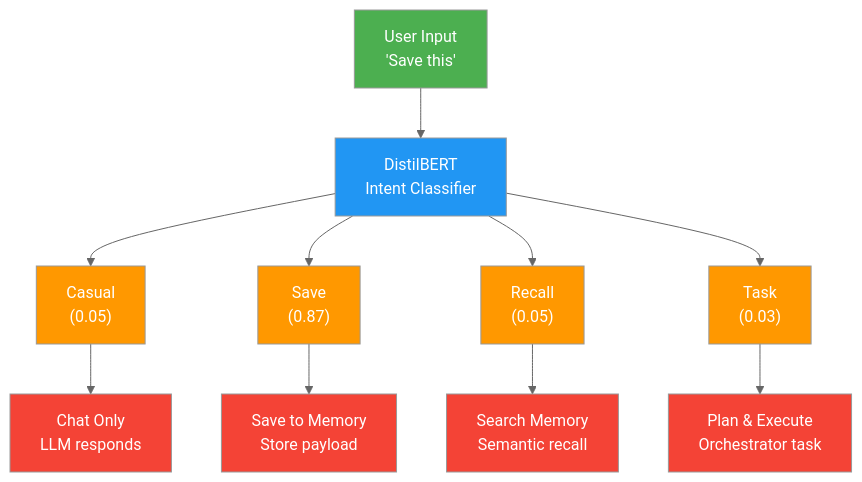
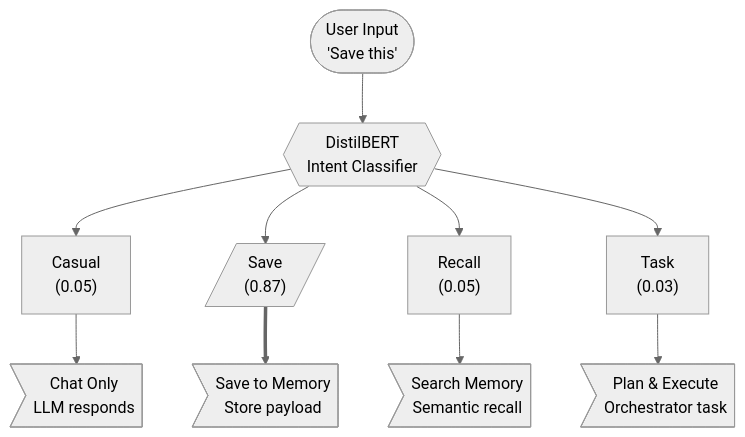
Before and after one commit to ianwesterfield/aj.westerfield.cloud: the eighth of 11 diagrams in README.md, drawn with Mermaid (neutral theme). The commit also changed other lines of this file and 48 other files, not shown here.

````diff
--- a/README.md
+++ b/README.md
@@ -230,24 +324,13 @@
 ```mermaid
 graph TB
-    A["User Input<br/>'Save this'"] --> B["DistilBERT<br/>Intent Classifier"]
+    A(["User Input<br/>'Save this'"]) --> B{{"DistilBERT<br/>Intent Classifier"}}
     B --> C["Casual<br/>(0.05)"]
-    B --> D["Save<br/>(0.87)"]
+    B --> D[/"Save<br/>(0.87)"/]
     B --> E["Recall<br/>(0.05)"]
     B --> F["Task<br/>(0.03)"]
 
-    C --> C1["Chat Only<br/>LLM responds"]
-    D --> D1["Save to Memory<br/>Store payload"]
-    E --> E1["Search Memory<br/>Semantic recall"]
-    F --> F1["Plan & Execute<br/>Orchestrator task"]
-
-    style A fill:#4CAF50,color:#fff
-    style B fill:#2196F3,color:#fff
-    style C fill:#FF9800,color:#fff
-    style D fill:#FF9800,color:#fff
-    style E fill:#FF9800,color:#fff
-    style F fill:#FF9800,color:#fff
-    style C1 fill:#F44336,color:#fff
-    style D1 fill:#F44336,color:#fff
-    style E1 fill:#F44336,color:#fff
-    style F1 fill:#F44336,color:#fff
+    C --> C1>"Chat Only<br/>LLM responds"]
+    D ==> D1>"Save to Memory<br/>Store payload"]
+    E --> E1>"Search Memory<br/>Semantic recall"]
+    F --> F1>"Plan & Execute<br/>Orchestrator task"]
 ```
````
